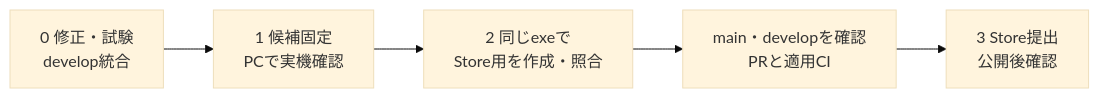
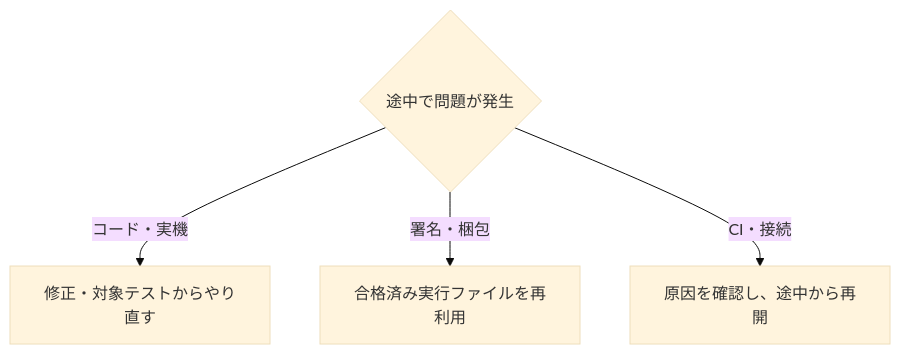
One commit to ore-no-fusen/ore-no-fusen changed the second of 2 diagrams in docs/010_RELEASE.md. Above: the diagram before and after it, drawn with Mermaid (base theme). The commit also changed other lines of this file and 1 other file, not shown here.

Commit message:
リリース手順を図と表に簡潔化する

````diff
--- a/docs/010_RELEASE.md
+++ b/docs/010_RELEASE.md
@@ -28,4 +24,6 @@
 ```mermaid
-flowchart LR
-    A["0 修正・試験<br/>develop統合"] --> B["1 候補固定<br/>PCで実機確認"] --> C["2 同じexeで<br/>Store用を作成・照合"] --> D["main・developを確認<br/>PRと適用CI"] --> E["3 Store提出<br/>公開後確認"]
+flowchart TD
+    A{"途中で問題が発生"} -->|コード・実機| B["修正・対象テストからやり直す"]
+    A -->|署名・梱包| C["合格済み実行ファイルを再利用"]
+    A -->|CI・接続| D["原因を確認し、途中から再開"]
 ```
````
